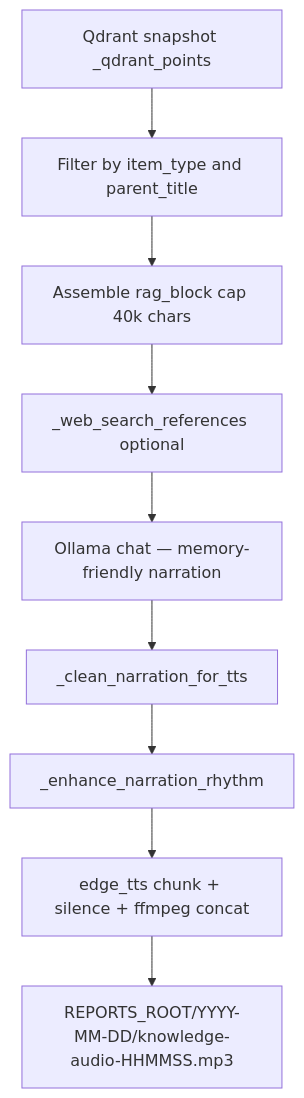
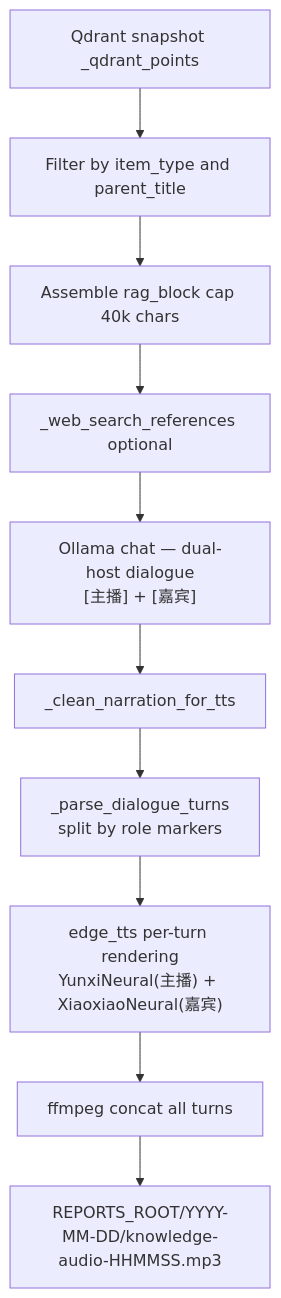
The diagram in docs/implementation/personal/audio-knowledge-impl.md (medavisyin/jarvis-yin), drawn with Mermaid before and after one commit. The commit also changed other lines of this file and 6 other files, not shown here.

````diff
--- a/docs/implementation/personal/audio-knowledge-impl.md
+++ b/docs/implementation/personal/audio-knowledge-impl.md
@@ -23,11 +23,12 @@
 ```mermaid
 flowchart TD
   Q[Qdrant snapshot _qdrant_points] --> Sel[Filter by item_type and parent_title]
   Sel --> RAG[Assemble rag_block cap 40k chars]
   RAG --> Web[_web_search_references optional]
-  Web --> LLM[Ollama chat — memory-friendly narration]
+  Web --> LLM["Ollama chat — dual-host dialogue<br/>[主播] + [嘉宾]"]
   LLM --> Clean[_clean_narration_for_tts]
-  Clean --> Rhythm[_enhance_narration_rhythm]
-  Rhythm --> TTS[edge_tts chunk + silence + ffmpeg concat]
-  TTS --> MP3[REPORTS_ROOT/YYYY-MM-DD/knowledge-audio-HHMMSS.mp3]
+  Clean --> Parse["_parse_dialogue_turns<br/>split by role markers"]
+  Parse --> TTS["edge_tts per-turn rendering<br/>YunxiNeural(主播) + XiaoxiaoNeural(嘉宾)"]
+  TTS --> Concat[ffmpeg concat all turns]
+  Concat --> MP3[REPORTS_ROOT/YYYY-MM-DD/knowledge-audio-HHMMSS.mp3]
 ```
````
